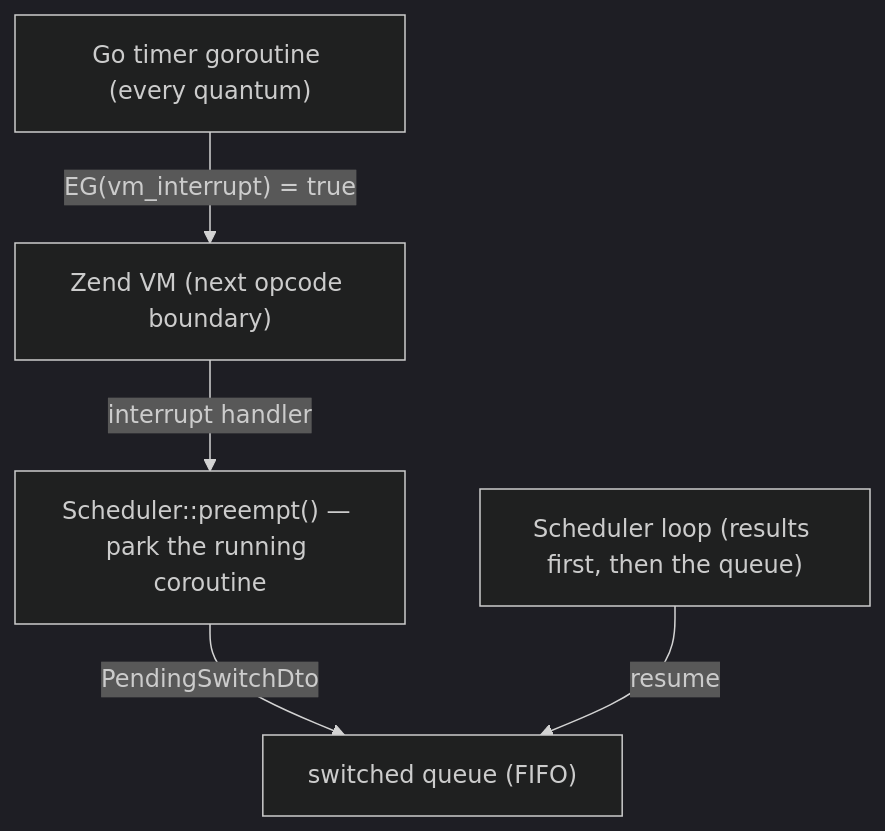
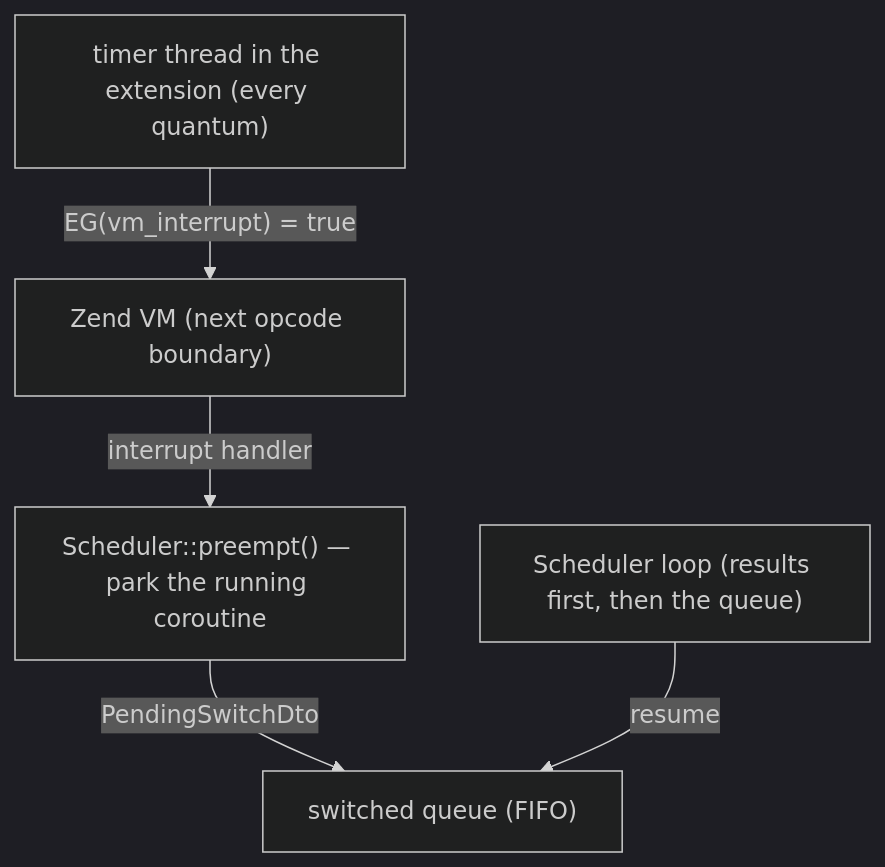
One commit to sprust/sconcur changed the diagram in docs/coroutine-switching.md. Above: the diagram before and after it, drawn with Mermaid (dark theme). The commit also changed other lines of this file and 46 other files, not shown here.

````diff
--- a/docs/coroutine-switching.md
+++ b/docs/coroutine-switching.md
@@ -77,7 +77,7 @@
 ```mermaid
 flowchart TB
-    Timer["Go timer goroutine (every quantum)"] -->|"EG(vm_interrupt) = true"| Engine["Zend VM (next opcode boundary)"]
+    Timer["timer thread in the extension (every quantum)"] -->|"EG(vm_interrupt) = true"| Engine["Zend VM (next opcode boundary)"]
     Engine -->|"interrupt handler"| Preempt["Scheduler::preempt() — park the running coroutine"]
     Preempt -->|"PendingSwitchDto"| Queue["switched queue (FIFO)"]
     Scheduler["Scheduler loop (results first, then the queue)"] -->|"resume"| Queue
 ```
````
